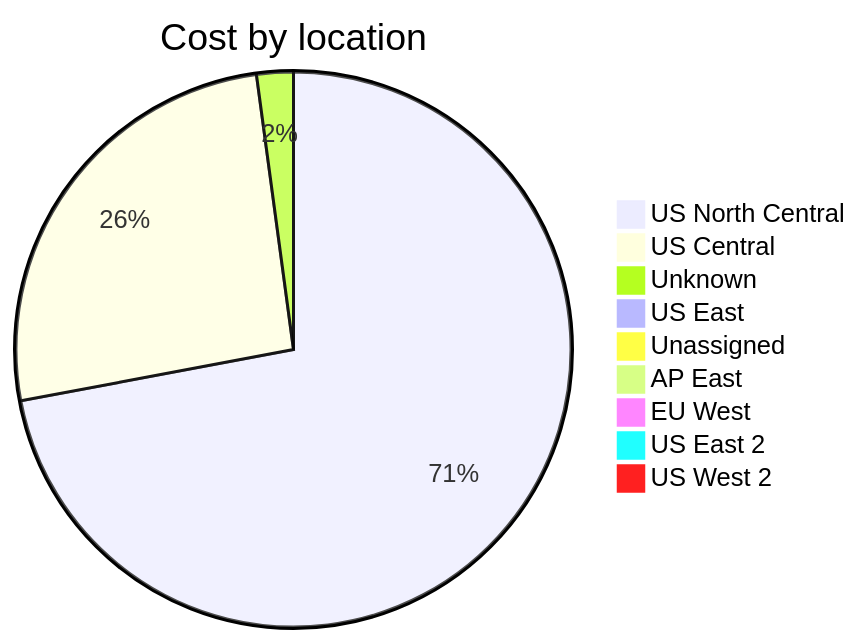
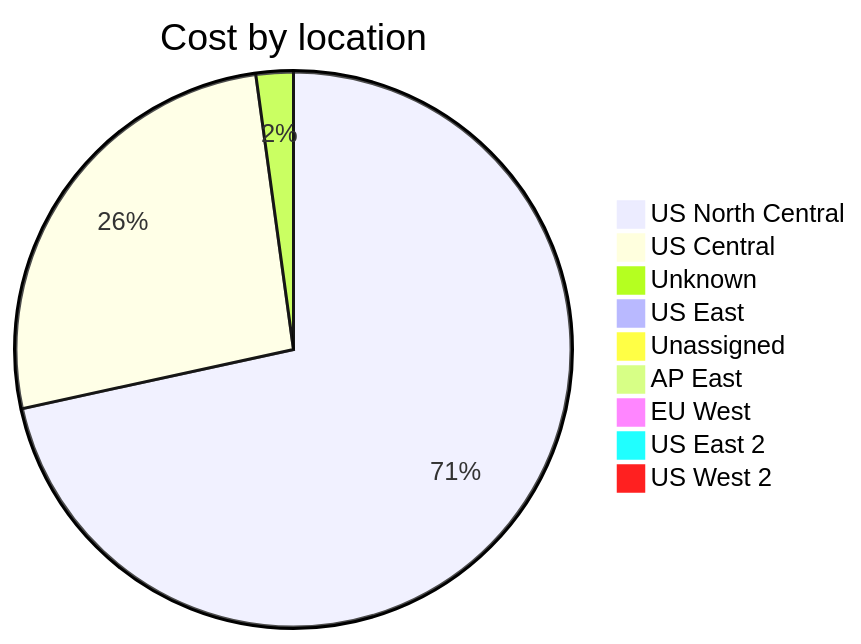
Before and after one commit to jpfulton/azure-personal-reports: the third of 4 diagrams in cost-reports/accumulated-cost.md, drawn with Mermaid. The commit also changed other lines of this file and 4 other files, not shown here.

````diff
--- a/cost-reports/accumulated-cost.md
+++ b/cost-reports/accumulated-cost.md
@@ -131,13 +131,13 @@
 ```mermaid
 pie
    title Cost by location
-   "US North Central" : 9.79
-   "US Central" : 3.51
-   "Unknown" : 0.29
-   "US East" : 0.06
-   "Unassigned" : 0.05
+   "US North Central" : 11.21
+   "US Central" : 4.11
+   "Unknown" : 0.34
+   "US East" : 0.07
+   "Unassigned" : 0.06
    "AP East" : 0.00
    "EU West" : 0.00
    "US East 2" : 0.00
    "US West 2" : 0.00
 ```
````
